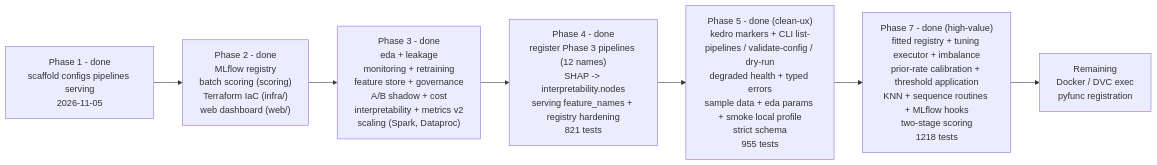
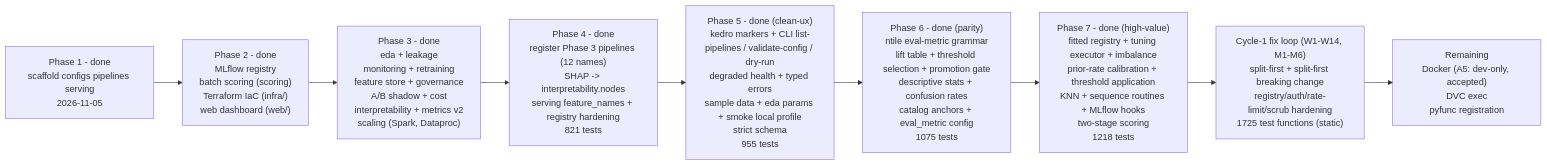
The sixth of 6 diagrams in forecast_ml_framework/README.md (ankithaldar/all_projects), drawn with Mermaid before and after one commit. The commit also changed other lines of this file and 125 other files, not shown here.

````diff
--- a/forecast_ml_framework/README.md
+++ b/forecast_ml_framework/README.md
@@ -2064,9 +2334,11 @@
 ```mermaid
 flowchart LR
   P1["Phase 1 - done<br/>scaffold configs pipelines serving<br/>2026-11-05"] --> P2["Phase 2 - done<br/>MLflow registry<br/>batch scoring (scoring)<br/>Terraform IaC (infra/)<br/>web dashboard (web/)"]
   P2 --> P3["Phase 3 - done<br/>eda + leakage<br/>monitoring + retraining<br/>feature store + governance<br/>A/B shadow + cost<br/>interpretability + metrics v2<br/>scaling (Spark, Dataproc)"]
   P3 --> P4["Phase 4 - done<br/>register Phase 3 pipelines (12 names)<br/>SHAP -> interpretability.nodes<br/>serving feature_names + registry hardening<br/>821 tests"]
   P4 --> P5["Phase 5 - done (clean-ux)<br/>kedro markers + CLI list-pipelines / validate-config / dry-run<br/>degraded health + typed errors<br/>sample data + eda params + smoke local profile<br/>strict schema<br/>955 tests"]
-  P5 --> P7["Phase 7 - done (high-value)<br/>fitted registry + tuning executor + imbalance<br/>prior-rate calibration + threshold application<br/>KNN + sequence routines + MLflow hooks<br/>two-stage scoring<br/>1218 tests"]
-  P7 --> REM["Remaining<br/>Docker / DVC exec<br/>pyfunc registration"]
+  P5 --> P6["Phase 6 - done (parity)<br/>ntile eval-metric grammar<br/>lift table + threshold selection + promotion gate<br/>descriptive stats + confusion rates<br/>catalog anchors + eval_metric config<br/>1075 tests"]
+  P6 --> P7["Phase 7 - done (high-value)<br/>fitted registry + tuning executor + imbalance<br/>prior-rate calibration + threshold application<br/>KNN + sequence routines + MLflow hooks<br/>two-stage scoring<br/>1218 tests"]
+  P7 --> LOOP["Cycle-1 fix loop (W1-W14, M1-M6)<br/>split-first + split-first breaking change<br/>registry/auth/rate-limit/scrub hardening<br/>1725 test functions (static)"]
+  LOOP --> REM["Remaining<br/>Docker (A5: dev-only, accepted)<br/>DVC exec<br/>pyfunc registration"]
 ```
````
